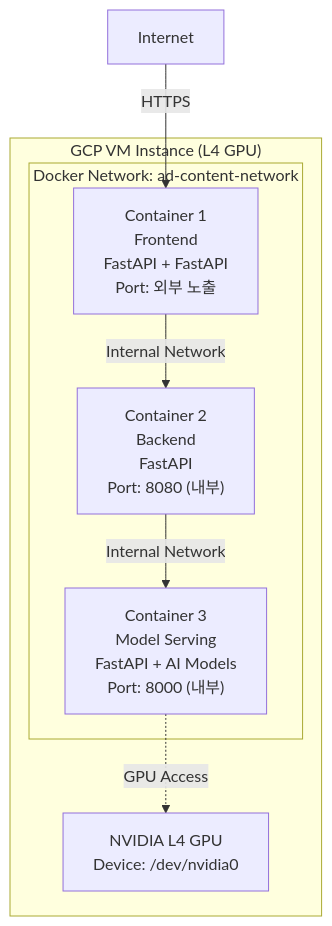
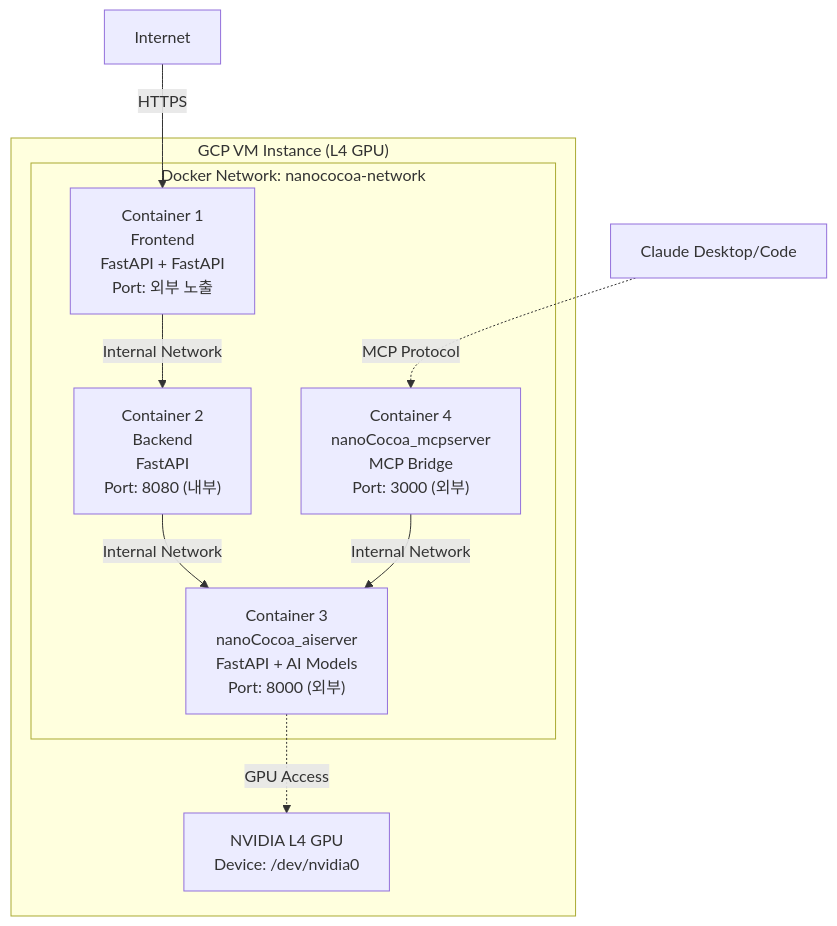
Before and after one commit to krapnuyij/codeit-ai-3team-ad-content: the third of 3 diagrams in docs/doc/아키텍처설계.md, drawn with Mermaid. The commit also changed other lines of this file and 8 other files, not shown here.

````diff
--- a/docs/doc/아키텍처설계.md
+++ b/docs/doc/아키텍처설계.md
@@ -291,17 +333,20 @@
 ```mermaid
 graph TB
     subgraph "GCP VM Instance (L4 GPU)"
-        subgraph "Docker Network: ad-content-network"
+        subgraph "Docker Network: nanococoa-network"
             Container1["Container 1<br/>Frontend<br/>FastAPI + FastAPI<br/>Port: 외부 노출"]
             Container2["Container 2<br/>Backend<br/>FastAPI<br/>Port: 8080 (내부)"]
-            Container3["Container 3<br/>Model Serving<br/>FastAPI + AI Models<br/>Port: 8000 (내부)"]
+            Container3["Container 3<br/>nanoCocoa_aiserver<br/>FastAPI + AI Models<br/>Port: 8000 (외부)"]
+            Container4["Container 4<br/>nanoCocoa_mcpserver<br/>MCP Bridge<br/>Port: 3000 (외부)"]
         end
 
         GPU_Device["NVIDIA L4 GPU<br/>Device: /dev/nvidia0"]
     end
 
     Internet["Internet"] -->|HTTPS| Container1
+    Claude["Claude Desktop/Code"] -.->|MCP Protocol| Container4
     Container1 -->|Internal Network| Container2
     Container2 -->|Internal Network| Container3
+    Container4 -->|Internal Network| Container3
     Container3 -.->|GPU Access| GPU_Device
 ```
````
